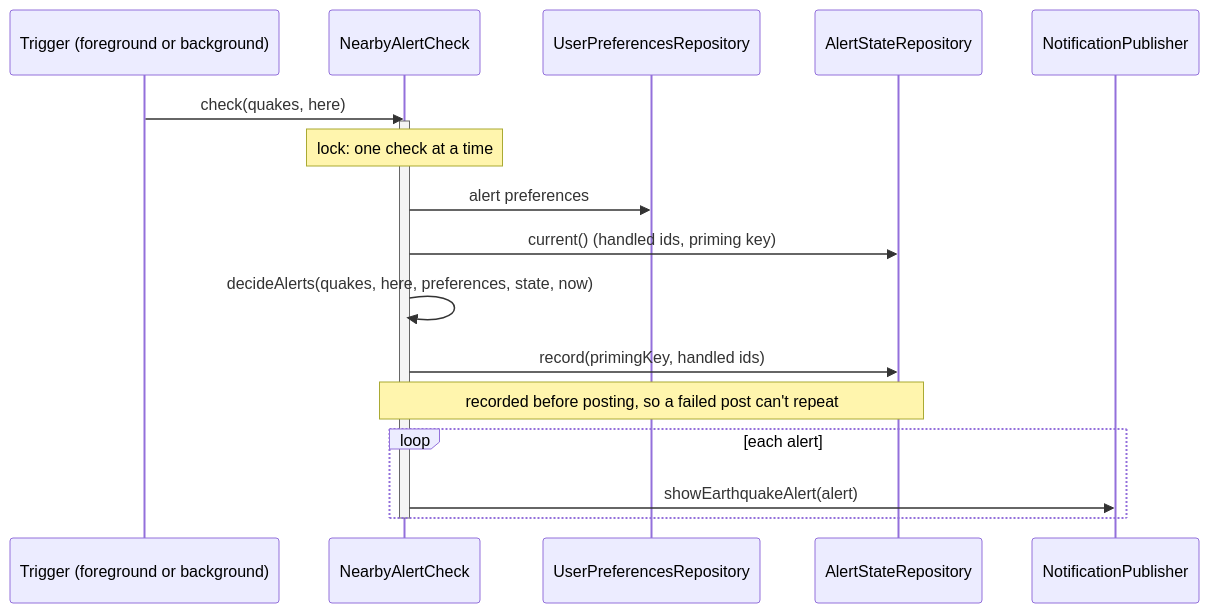
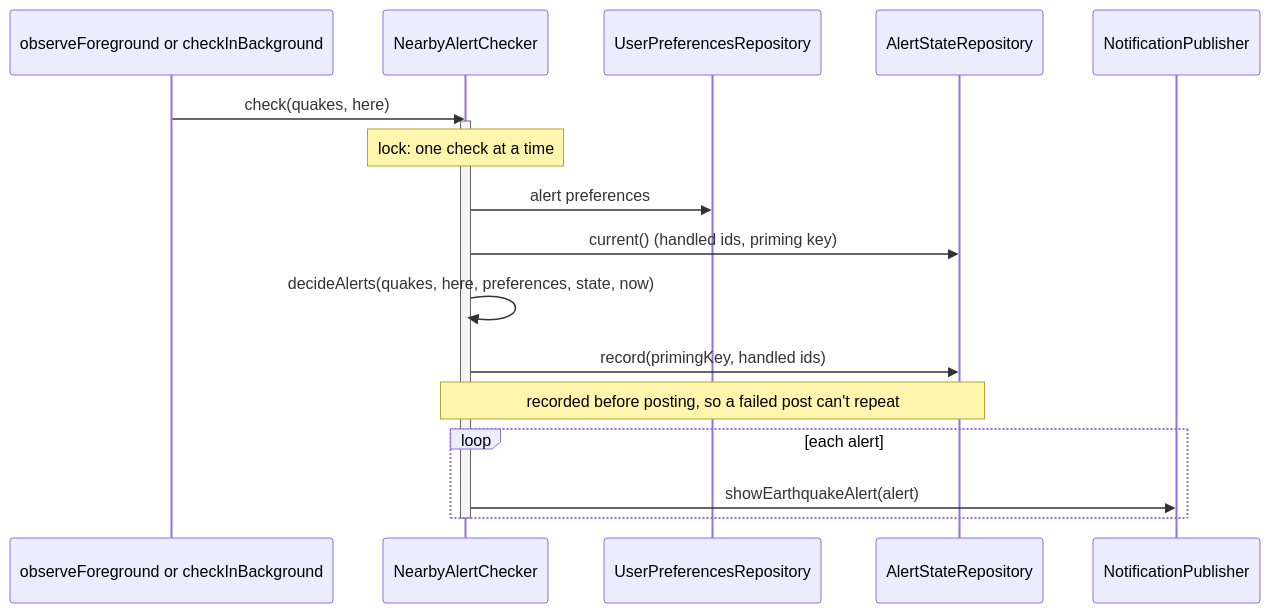
One commit to JanetYuLin/earthquake_tracker changed the second of 3 diagrams in app/src/main/java/io/github/janetyulin/grounded/alerts/README.md. Above: the diagram before and after it, drawn with Mermaid. The commit also changed other lines of this file and 17 other files, not shown here.

````diff
--- a/app/src/main/java/io/github/janetyulin/grounded/alerts/README.md
+++ b/app/src/main/java/io/github/janetyulin/grounded/alerts/README.md
@@ -43,21 +69,21 @@
 ```mermaid
 sequenceDiagram
-    participant T as Trigger (foreground or background)
-    participant C as NearbyAlertCheck
+    participant T as observeForeground or checkInBackground
+    participant C as NearbyAlertChecker
     participant P as UserPreferencesRepository
     participant S as AlertStateRepository
     participant N as NotificationPublisher
 
     T->>C: check(quakes, here)
     activate C
     Note over C: lock: one check at a time
     C->>P: alert preferences
     C->>S: current() (handled ids, priming key)
     C->>C: decideAlerts(quakes, here, preferences, state, now)
     C->>S: record(primingKey, handled ids)
     Note over C,S: recorded before posting, so a failed post can't repeat
     loop each alert
         C->>N: showEarthquakeAlert(alert)
     end
     deactivate C
 ```
````
